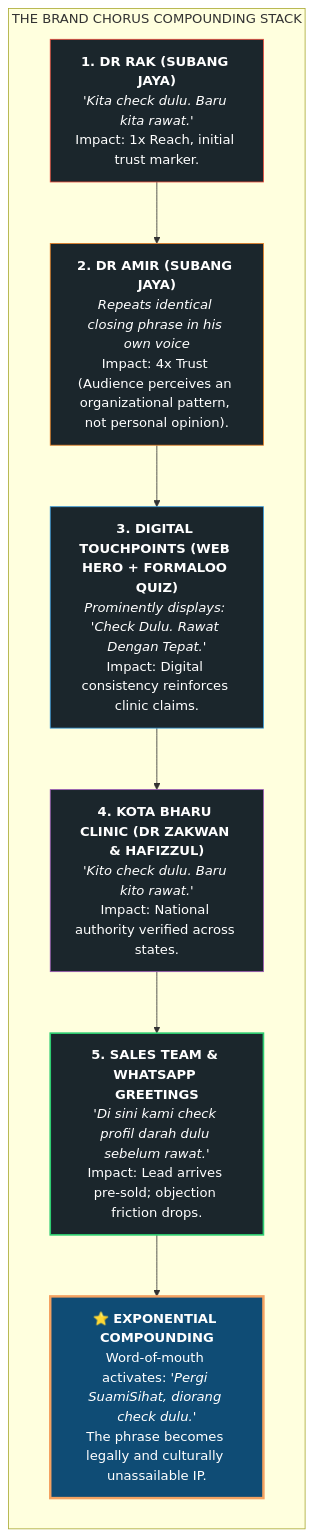
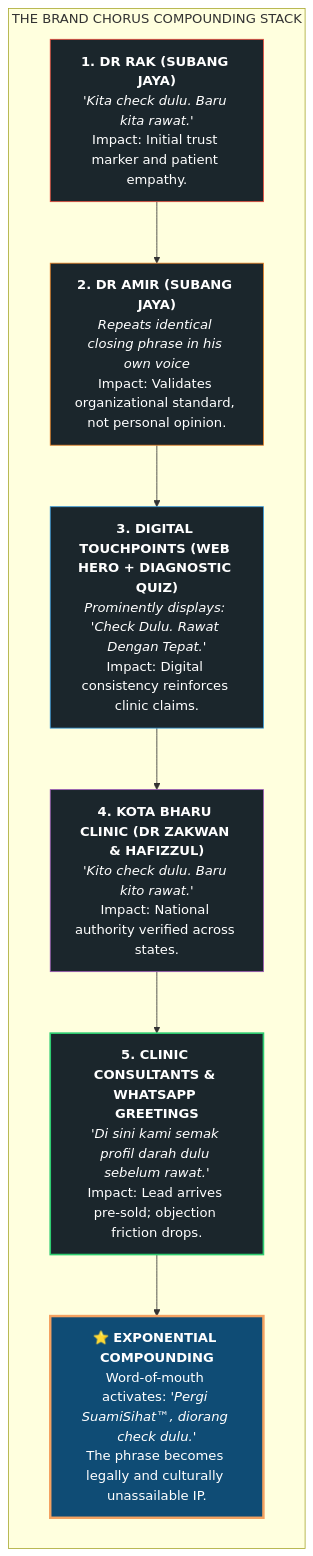
The fifth of 5 diagrams in content/clinic-positioning.md (SuamiSihat/SS-Design-System), drawn with Mermaid before and after one commit. The commit also changed other lines of this file and 38 other files, not shown here.

````diff
--- a/content/clinic-positioning.md
+++ b/content/clinic-positioning.md
@@ -419,25 +442,25 @@
 ```mermaid
 flowchart TD
     subgraph CHORUS_STACK ["THE BRAND CHORUS COMPOUNDING STACK"]
         direction TB
 
-        C1["<b>1. DR RAK (SUBANG JAYA)</b><br/><i>'Kita check dulu. Baru kita rawat.'</i><br/>Impact: 1x Reach, initial trust marker."] --> C2
+        C1["<b>1. DR RAK (SUBANG JAYA)</b><br/><i>'Kita check dulu. Baru kita rawat.'</i><br/>Impact: Initial trust marker and patient empathy."] --> C2
         
-        C2["<b>2. DR AMIR (SUBANG JAYA)</b><br/><i>Repeats identical closing phrase in his own voice</i><br/>Impact: 4x Trust (Audience perceives an organizational pattern, not personal opinion)."] --> C3
+        C2["<b>2. DR AMIR (SUBANG JAYA)</b><br/><i>Repeats identical closing phrase in his own voice</i><br/>Impact: Validates organizational standard, not personal opinion."] --> C3
         
-        C3["<b>3. DIGITAL TOUCHPOINTS (WEB HERO + FORMALOO QUIZ)</b><br/><i>Prominently displays: 'Check Dulu. Rawat Dengan Tepat.'</i><br/>Impact: Digital consistency reinforces clinic claims."] --> C4
+        C3["<b>3. DIGITAL TOUCHPOINTS (WEB HERO + DIAGNOSTIC QUIZ)</b><br/><i>Prominently displays: 'Check Dulu. Rawat Dengan Tepat.'</i><br/>Impact: Digital consistency reinforces clinic claims."] --> C4
         
         C4["<b>4. KOTA BHARU CLINIC (DR ZAKWAN & HAFIZZUL)</b><br/><i>'Kito check dulu. Baru kito rawat.'</i><br/>Impact: National authority verified across states."] --> C5
         
-        C5["<b>5. SALES TEAM & WHATSAPP GREETINGS</b><br/><i>'Di sini kami check profil darah dulu sebelum rawat.'</i><br/>Impact: Lead arrives pre-sold; objection friction drops."] --> C6
+        C5["<b>5. CLINIC CONSULTANTS & WHATSAPP GREETINGS</b><br/><i>'Di sini kami semak profil darah dulu sebelum rawat.'</i><br/>Impact: Lead arrives pre-sold; objection friction drops."] --> C6
         
-        C6["⭐ <b>EXPONENTIAL COMPOUNDING</b><br/>Word-of-mouth activates: <i>'Pergi SuamiSihat, diorang check dulu.'</i><br/>The phrase becomes legally and culturally unassailable IP."]
+        C6["⭐ <b>EXPONENTIAL COMPOUNDING</b><br/>Word-of-mouth activates: <i>'Pergi SuamiSihat™, diorang check dulu.'</i><br/>The phrase becomes legally and culturally unassailable IP."]
     end
 
     style C1 fill:#1b262c,stroke:#e74c3c,stroke-width:1px,color:#ffffff
     style C2 fill:#1b262c,stroke:#e67e22,stroke-width:1px,color:#ffffff
     style C3 fill:#1b262c,stroke:#3498db,stroke-width:1px,color:#ffffff
     style C4 fill:#1b262c,stroke:#9b59b6,stroke-width:1px,color:#ffffff
     style C5 fill:#1b262c,stroke:#2ecc71,stroke-width:2px,color:#ffffff
     style C6 fill:#0f4c75,stroke:#f4a261,stroke-width:3px,color:#ffffff
 ```
````
